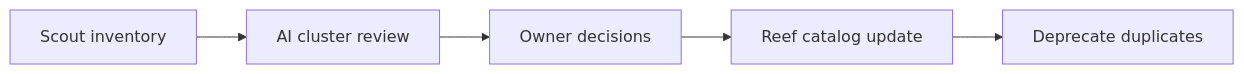
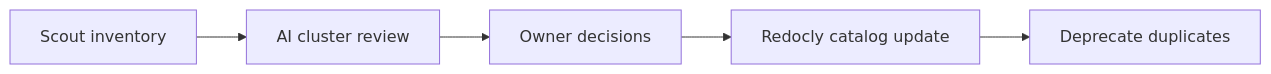
One commit to riboflavin/redocly-site changed the diagram in learn/ai-for-docs/ai-find-duplicate-underused-apis.md. Above: the diagram before and after it, drawn with Mermaid. The commit also changed other lines of this file and 105 other files, not shown here.

````diff
--- a/learn/ai-for-docs/ai-find-duplicate-underused-apis.md
+++ b/learn/ai-for-docs/ai-find-duplicate-underused-apis.md
@@ -67,7 +67,7 @@
 ```mermaid
 graph LR
   A[Scout inventory] --> B[AI cluster review]
   B --> C[Owner decisions]
-  C --> D[Reef catalog update]
+  C --> D[Redocly catalog update]
   D --> E[Deprecate duplicates]
 ```
````
